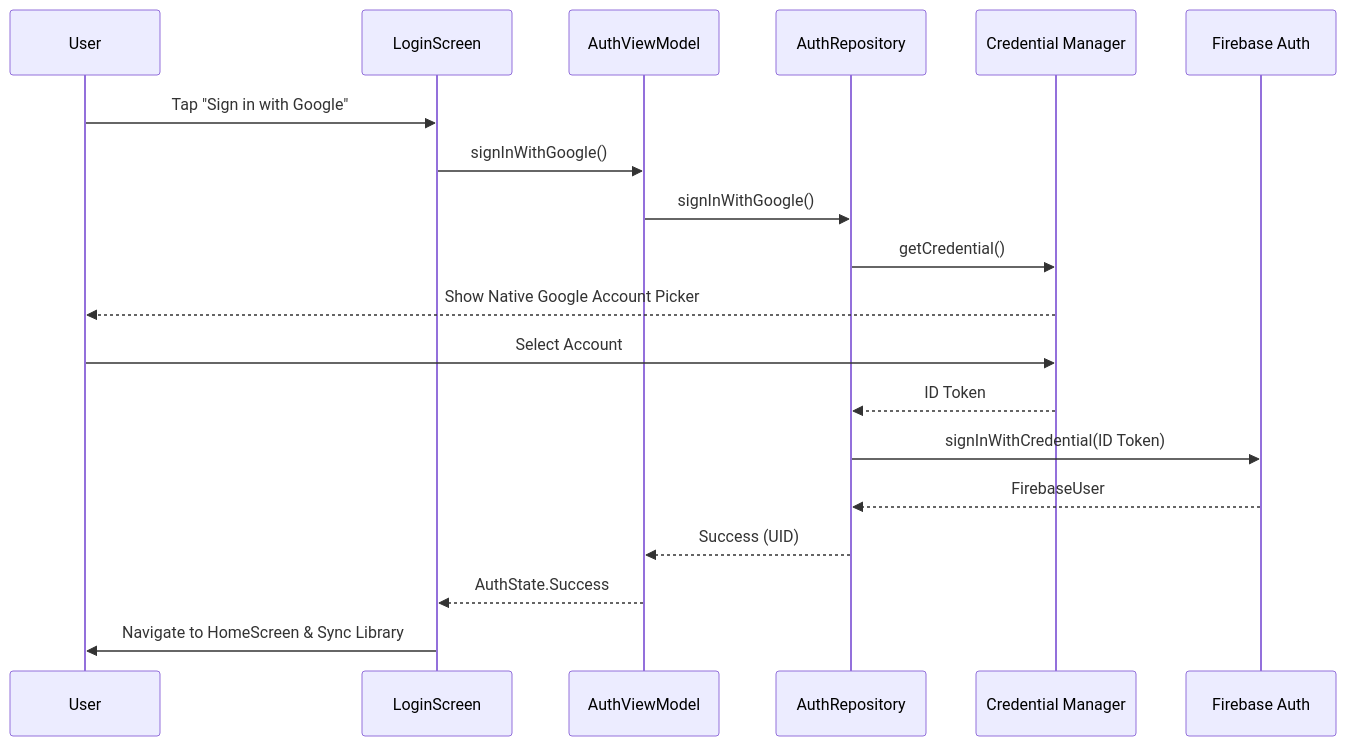
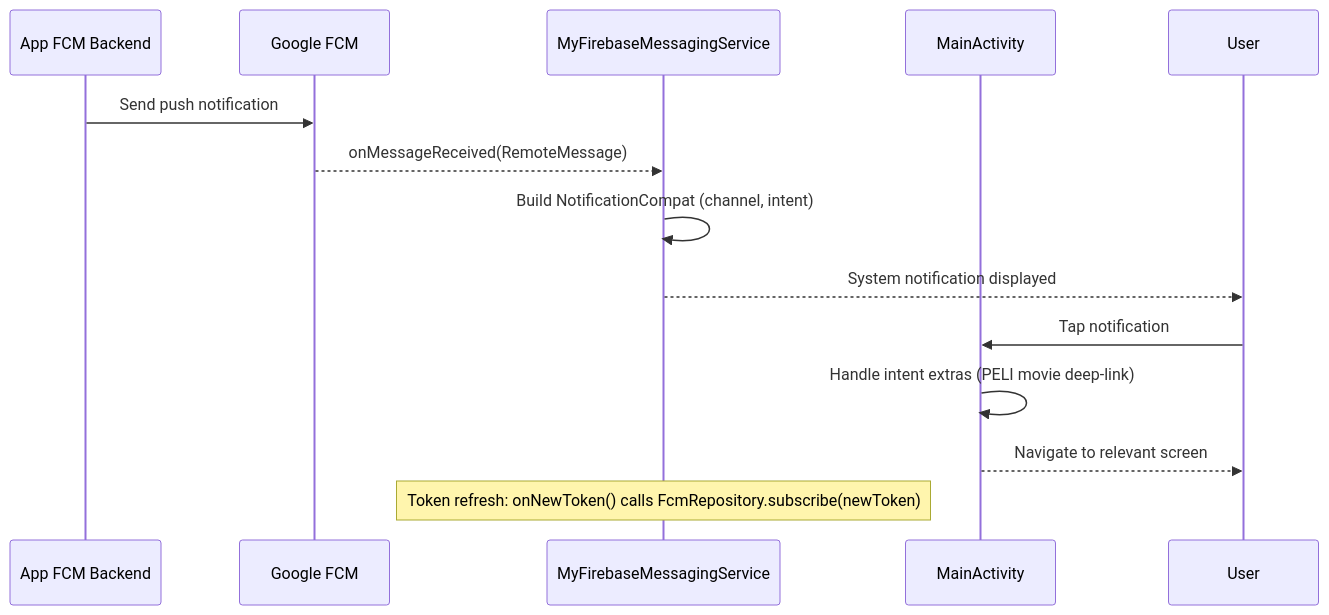
One commit to martinrevert/LaTorrentola changed the eighth of 8 diagrams in ARCHITECTURE.md. Above: the diagram before and after it, drawn with Mermaid. The commit also changed other lines of this file and 2 other files, not shown here.

Commit message:
Enhance documentation for in-app torrent handling, playback, and subtitle management

````diff
--- a/ARCHITECTURE.md
+++ b/ARCHITECTURE.md
@@ -252,22 +397,17 @@
 ```mermaid
 sequenceDiagram
+    participant FCMBE as App FCM Backend
+    participant GCM as Google FCM
+    participant MFMS as MyFirebaseMessagingService
+    participant MA as MainActivity
     participant U as User
-    participant LS as LoginScreen
-    participant VM as AuthViewModel
-    participant R as AuthRepository
-    participant CM as Credential Manager
-    participant F as Firebase Auth
 
-    U->>LS: Tap "Sign in with Google"
-    LS->>VM: signInWithGoogle()
-    VM->>R: signInWithGoogle()
-    R->>CM: getCredential()
-    CM-->>U: Show Native Google Account Picker
-    U->>CM: Select Account
-    CM-->>R: ID Token
-    R->>F: signInWithCredential(ID Token)
-    F-->>R: FirebaseUser
-    R-->>VM: Success (UID)
-    VM-->>LS: AuthState.Success
-    LS->>U: Navigate to HomeScreen & Sync Library
+    FCMBE->>GCM: Send push notification
+    GCM-->>MFMS: onMessageReceived(RemoteMessage)
+    MFMS->>MFMS: Build NotificationCompat (channel, intent)
+    MFMS-->>U: System notification displayed
+    U->>MA: Tap notification
+    MA->>MA: Handle intent extras (PELI movie deep-link)
+    MA-->>U: Navigate to relevant screen
+    note over MFMS: Token refresh: onNewToken() calls FcmRepository.subscribe(newToken)
 ```
````
